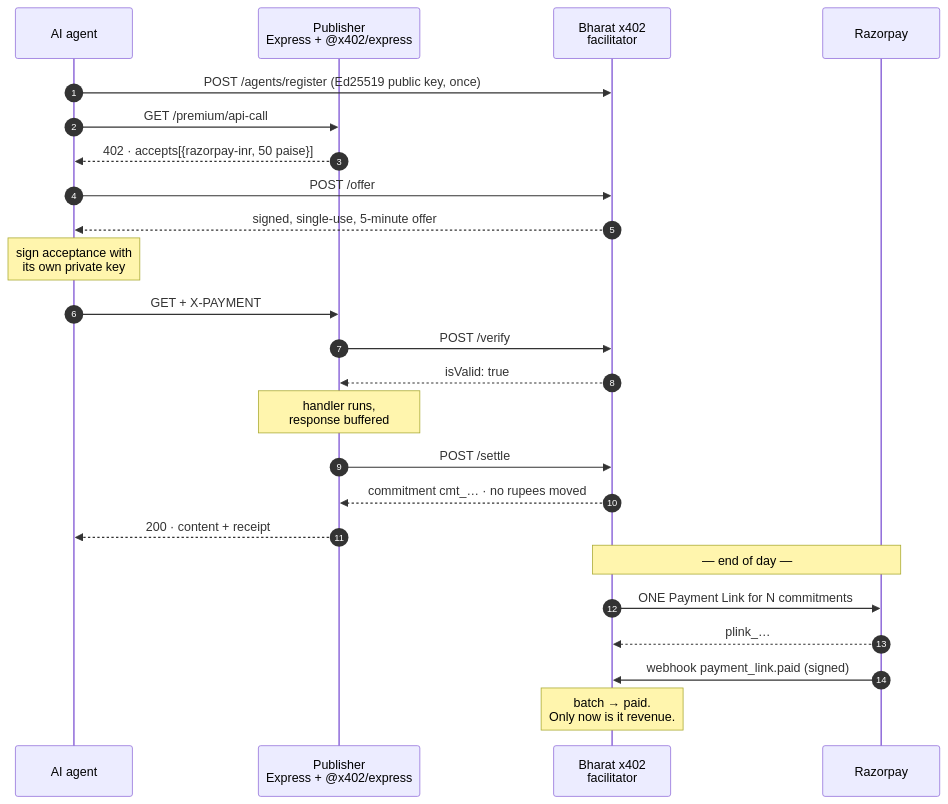
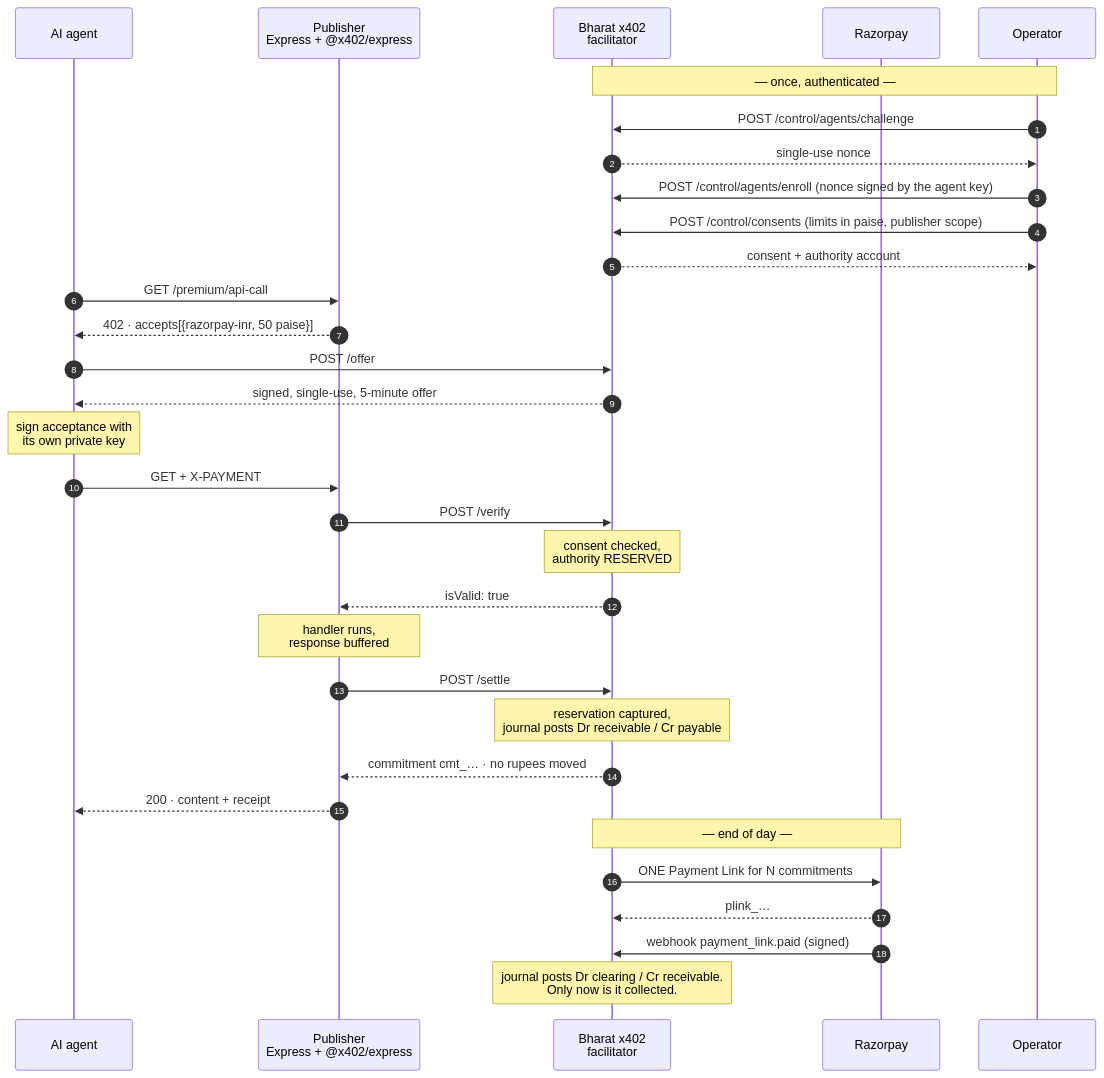
Before and after one commit to MEGA-M1ND/Bharat-x402: the diagram in README.md, drawn with Mermaid. The commit also changed other lines of this file and 13 other files, not shown here.

````diff
--- a/README.md
+++ b/README.md
@@ -175,27 +175,37 @@
 ```mermaid
 sequenceDiagram
     autonumber
     participant A as AI agent
     participant P as Publisher<br/>Express + @x402/express
     participant F as Bharat x402<br/>facilitator
     participant R as Razorpay
 
-    A->>F: POST /agents/register (Ed25519 public key, once)
+    participant O as Operator
+
+    Note over O,F: — once, authenticated —
+    O->>F: POST /control/agents/challenge
+    F-->>O: single-use nonce
+    O->>F: POST /control/agents/enroll (nonce signed by the agent key)
+    O->>F: POST /control/consents (limits in paise, publisher scope)
+    F-->>O: consent + authority account
+
     A->>P: GET /premium/api-call
     P-->>A: 402 · accepts[{razorpay-inr, 50 paise}]
     A->>F: POST /offer
     F-->>A: signed, single-use, 5-minute offer
     Note over A: sign acceptance with<br/>its own private key
     A->>P: GET + X-PAYMENT
     P->>F: POST /verify
+    Note over F: consent checked,<br/>authority RESERVED
     F-->>P: isValid: true
     Note over P: handler runs,<br/>response buffered
     P->>F: POST /settle
+    Note over F: reservation captured,<br/>journal posts Dr receivable / Cr payable
     F-->>P: commitment cmt_… · no rupees moved
     P-->>A: 200 · content + receipt
     Note over F,R: — end of day —
     F->>R: ONE Payment Link for N commitments
     R-->>F: plink_…
     R->>F: webhook payment_link.paid (signed)
-    Note over F: batch → paid.<br/>Only now is it revenue.
+    Note over F: journal posts Dr clearing / Cr receivable.<br/>Only now is it collected.
 ```
````
